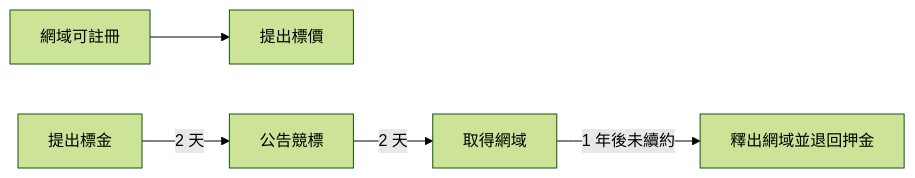
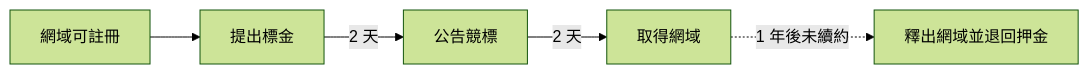
The diagram in source/_posts/got-my-ens-domain.md (gasolin/blog), drawn with Mermaid (forest theme) before and after one commit. The commit also changed other lines of this file and 1 other file, not shown here.

```diff
--- a/source/_posts/got-my-ens-domain.md
+++ b/source/_posts/got-my-ens-domain.md
@@ -49,7 +49,7 @@
 {% mermaid %}
 graph LR
-網域可註冊 --> 提出標價
+網域可註冊 --> 提出標金
 提出標金 -- 2 天 --> 公告競標
 公告競標 -- 2 天 --> 取得網域
-取得網域 -- 1 年後未續約 --> 釋出網域並退回押金
+取得網域 -. 1 年後未續約 .-> 釋出網域並退回押金
 {% endmermaid %}
```
